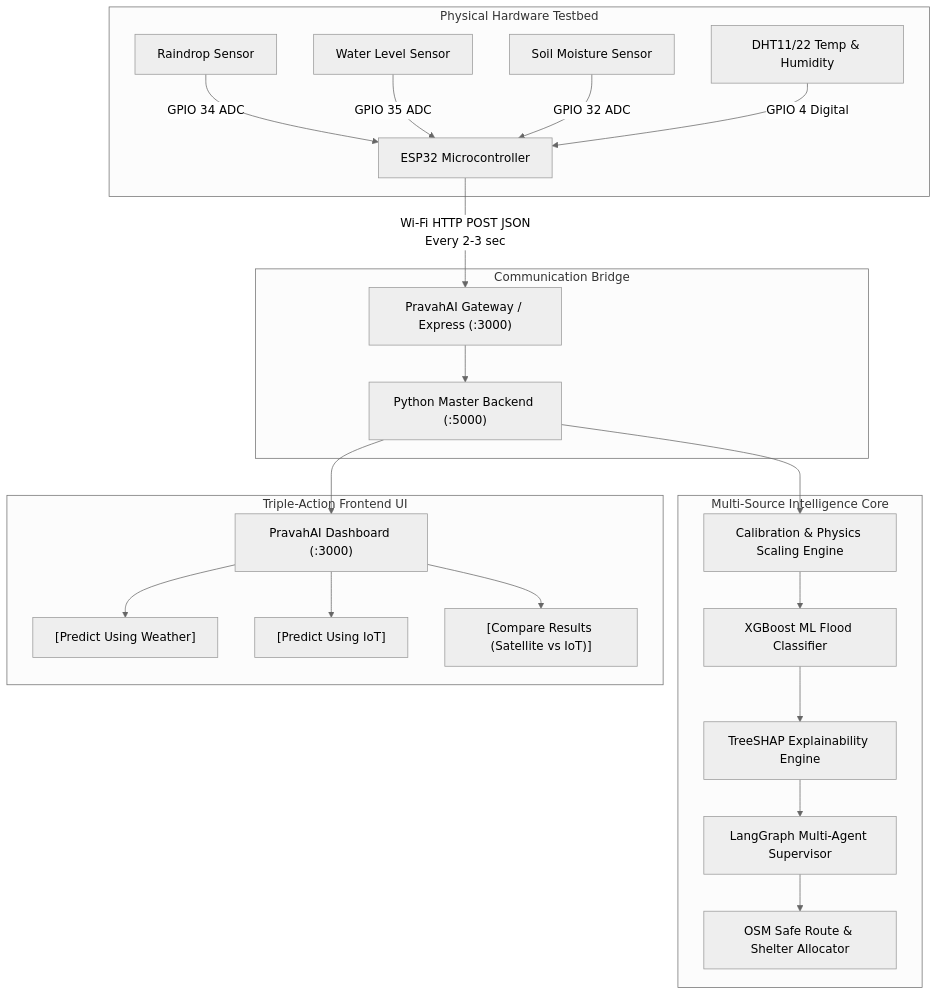
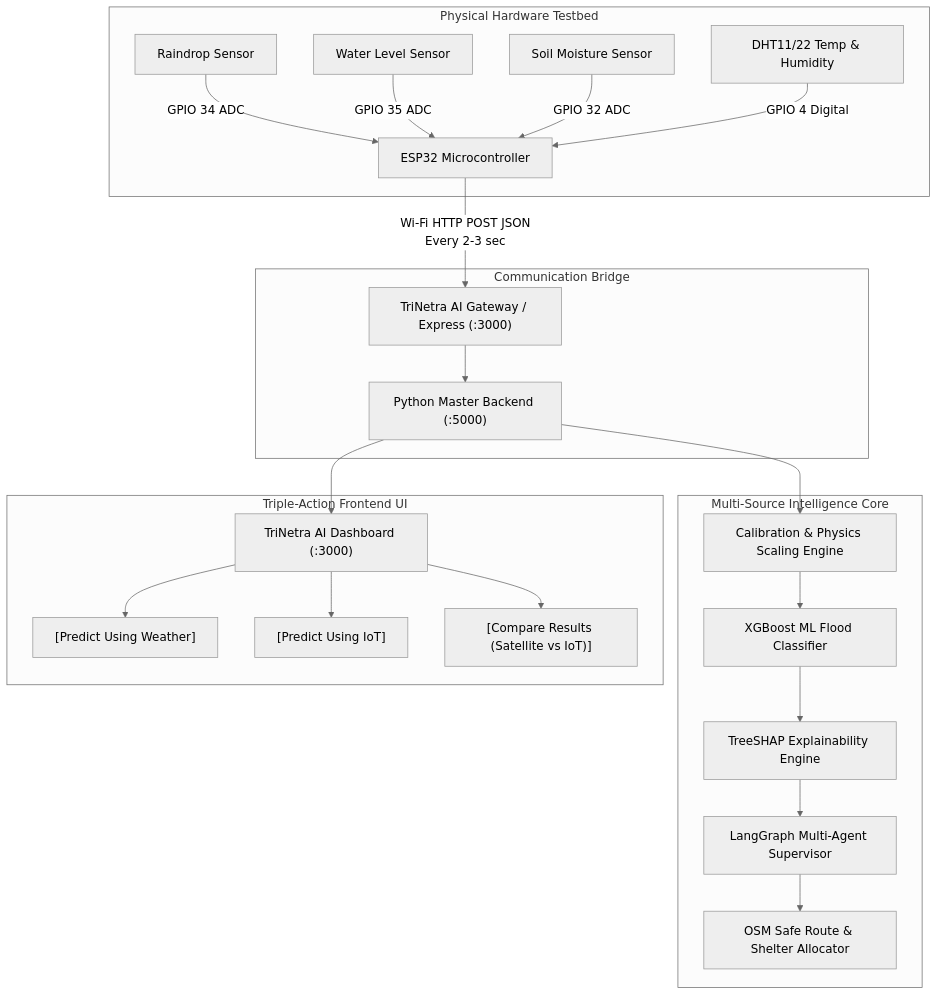
Before and after one commit to Vipin1907/PRAVAH: the first of 2 diagrams in ESP32_IOT_INTEGRATION_PLAN.md, drawn with Mermaid (neutral theme). The commit also changed other lines of this file and 21 other files, not shown here.

First line of the commit message:
feat: TriNetra AI - Complete Flood Early Warning System with AI + IoT integration

````diff
--- a/ESP32_IOT_INTEGRATION_PLAN.md
+++ b/ESP32_IOT_INTEGRATION_PLAN.md
@@ -14,29 +14,29 @@
 ```mermaid
 graph TD
     subgraph Physical Hardware Testbed
         S1[Raindrop Sensor] -->|GPIO 34 ADC| ESP[ESP32 Microcontroller]
         S2[Water Level Sensor] -->|GPIO 35 ADC| ESP
         S3[Soil Moisture Sensor] -->|GPIO 32 ADC| ESP
         S4[DHT11/22 Temp & Humidity] -->|GPIO 4 Digital| ESP
     end
 
     subgraph Communication Bridge
-        ESP -->|Wi-Fi HTTP POST JSON \n Every 2-3 sec| Gateway["PravahAI Gateway / Express (:3000)"]
+        ESP -->|Wi-Fi HTTP POST JSON \n Every 2-3 sec| Gateway["TriNetra AI Gateway / Express (:3000)"]
         Gateway --> PythonMaster["Python Master Backend (:5000)"]
     end
 
     subgraph Multi-Source Intelligence Core
         PythonMaster --> Calib["Calibration & Physics Scaling Engine"]
         Calib --> ML_XGBoost["XGBoost ML Flood Classifier"]
         ML_XGBoost --> SHAP["TreeSHAP Explainability Engine"]
         SHAP --> Agentic["LangGraph Multi-Agent Supervisor"]
         Agentic --> Routes["OSM Safe Route & Shelter Allocator"]
     end
 
     subgraph Triple-Action Frontend UI
-        PythonMaster --> UI["PravahAI Dashboard (:3000)"]
+        PythonMaster --> UI["TriNetra AI Dashboard (:3000)"]
         UI --> M1["[Predict Using Weather]"]
         UI --> M2["[Predict Using IoT]"]
         UI --> M3["[Compare Results (Satellite vs IoT)]"]
     end
 ```
````
